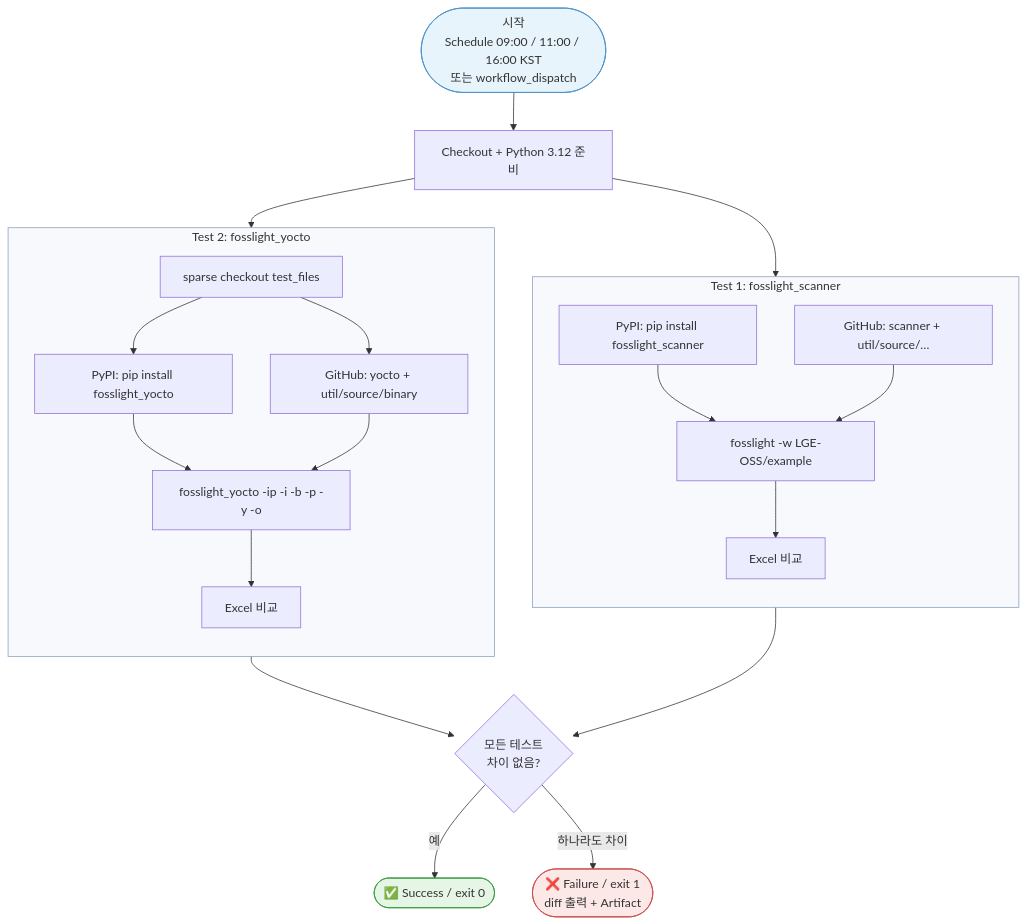
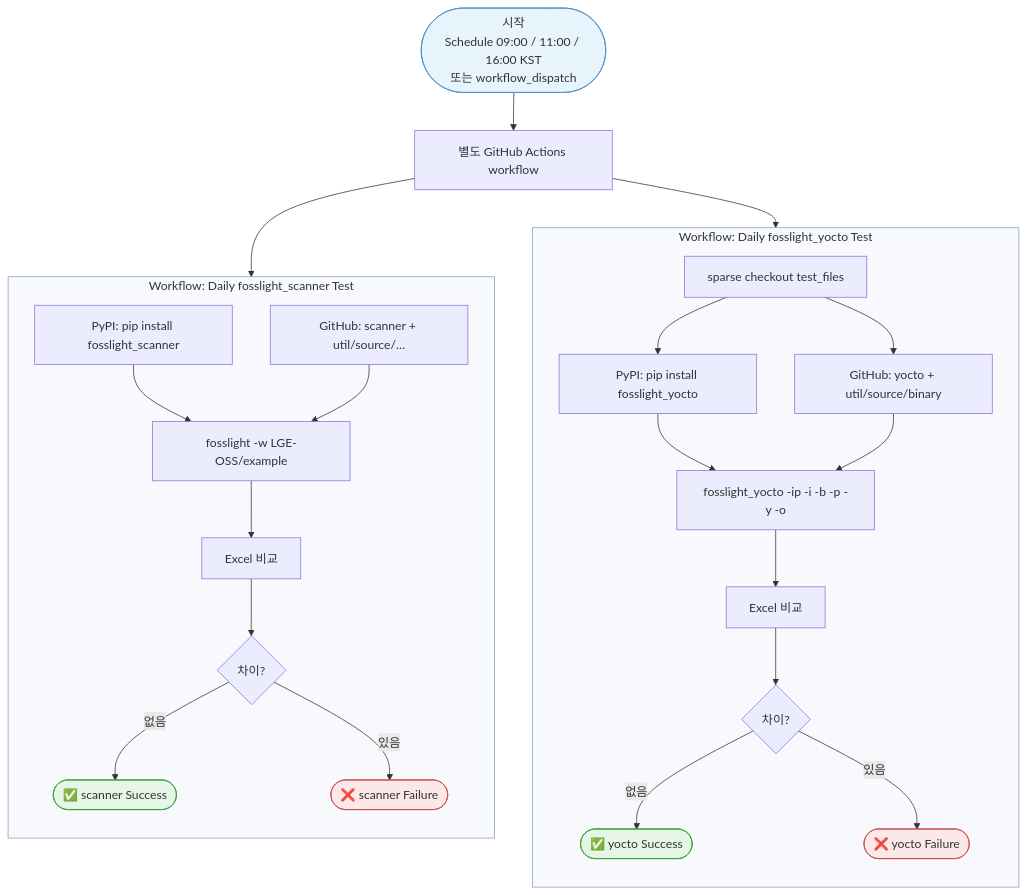
One commit to fosslight/fosslight_scanner_test changed the first of 3 diagrams in docs/flowchart.md. Above: the diagram before and after it, drawn with Mermaid. The commit also changed other lines of this file and 2 other files, not shown here.

Commit message:
Split scanner and yocto comparisons into separate GitHub Actions workflows.
Keep schedules aligned while letting each test succeed or fail independently with its own artifacts.

````diff
--- a/docs/flowchart.md
+++ b/docs/flowchart.md
@@ -7,45 +7,48 @@
 ```mermaid
 flowchart TD
-    Start([시작<br/>Schedule 09:00 / 11:00 / 16:00 KST<br/>또는 workflow_dispatch]) --> Setup[Checkout + Python 3.12 준비]
+    Start([시작<br/>Schedule 09:00 / 11:00 / 16:00 KST<br/>또는 workflow_dispatch]) --> Split
 
-    Setup --> T1
-    Setup --> T2
+    Split[별도 GitHub Actions workflow]
 
-    subgraph T1["Test 1: fosslight_scanner"]
+    Split --> T1
+    Split --> T2
+
+    subgraph T1["Workflow: Daily fosslight_scanner Test"]
         direction TB
         S1["PyPI: pip install fosslight_scanner"]
         S2["GitHub: scanner + util/source/…"]
         S3["fosslight -w LGE-OSS/example"]
         S4[Excel 비교]
         S1 --> S3
         S2 --> S3
         S3 --> S4
+        S4 --> SR{차이?}
+        SR -->|없음| SPass([✅ scanner Success])
+        SR -->|있음| SFail([❌ scanner Failure])
     end
 
-    subgraph T2["Test 2: fosslight_yocto"]
+    subgraph T2["Workflow: Daily fosslight_yocto Test"]
         direction TB
         Y0[sparse checkout test_files]
         Y1["PyPI: pip install fosslight_yocto"]
         Y2["GitHub: yocto + util/source/binary"]
         Y3["fosslight_yocto -ip -i -b -p -y -o"]
         Y4[Excel 비교]
         Y0 --> Y1
         Y0 --> Y2
         Y1 --> Y3
         Y2 --> Y3
         Y3 --> Y4
+        Y4 --> YR{차이?}
+        YR -->|없음| YPass([✅ yocto Success])
+        YR -->|있음| YFail([❌ yocto Failure])
     end
 
-    S4 --> Aggregate
-    Y4 --> Aggregate
-
-    Aggregate{모든 테스트<br/>차이 없음?}
-    Aggregate -->|예| Pass([✅ Success / exit 0])
-    Aggregate -->|하나라도 차이| Fail([❌ Failure / exit 1<br/>diff 출력 + Artifact])
-
     style Start fill:#e8f4fc,stroke:#4a90c8
-    style Pass fill:#e6f6e6,stroke:#3a9a3a
-    style Fail fill:#fde8e8,stroke:#c84a4a
+    style SPass fill:#e6f6e6,stroke:#3a9a3a
+    style YPass fill:#e6f6e6,stroke:#3a9a3a
+    style SFail fill:#fde8e8,stroke:#c84a4a
+    style YFail fill:#fde8e8,stroke:#c84a4a
     style T1 fill:#f7f9fc,stroke:#8aa0b8
     style T2 fill:#f7f9fc,stroke:#8aa0b8
 ```
````
